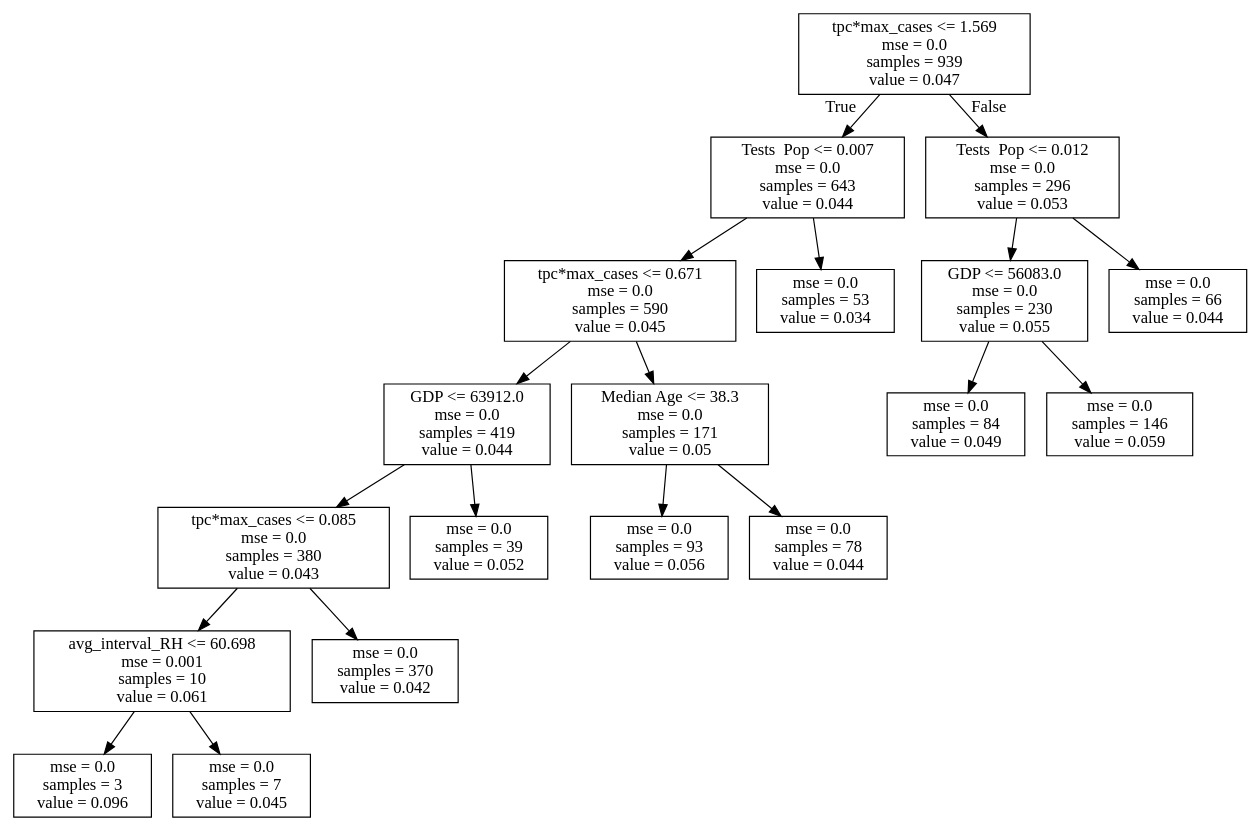
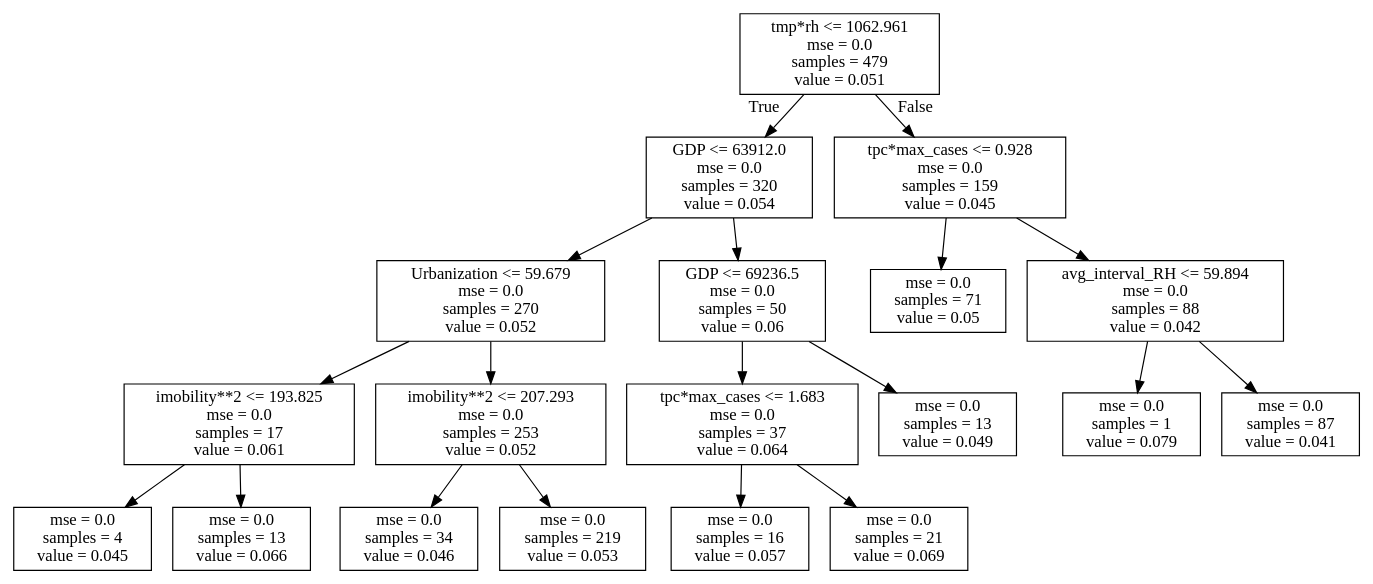
One commit to hopl1t/covid19 changed the diagram in products/decision_tree/decision_tree_GF_Q2_run0.dot. Above: the diagram before and after it, drawn with Graphviz. The commit also changed 42 other files, not shown here.

```diff
--- a/products/decision_tree/decision_tree_GF_Q2_run0.dot
+++ b/products/decision_tree/decision_tree_GF_Q2_run0.dot
@@ -1,40 +1,40 @@
 digraph Tree {
 node [shape=box] ;
-0 [label="tpc*max_cases <= 1.569\nmse = 0.0\nsamples = 939\nvalue = 0.047"] ;
-1 [label="Tests \ Pop <= 0.007\nmse = 0.0\nsamples = 643\nvalue = 0.044"] ;
+0 [label="tmp*rh <= 1062.961\nmse = 0.0\nsamples = 479\nvalue = 0.051"] ;
+1 [label="GDP <= 63912.0\nmse = 0.0\nsamples = 320\nvalue = 0.054"] ;
 0 -> 1 [labeldistance=2.5, labelangle=45, headlabel="True"] ;
-2 [label="tpc*max_cases <= 0.671\nmse = 0.0\nsamples = 590\nvalue = 0.045"] ;
+2 [label="Urbanization <= 59.679\nmse = 0.0\nsamples = 270\nvalue = 0.052"] ;
 1 -> 2 ;
-3 [label="GDP <= 63912.0\nmse = 0.0\nsamples = 419\nvalue = 0.044"] ;
+3 [label="imobility**2 <= 193.825\nmse = 0.0\nsamples = 17\nvalue = 0.061"] ;
 2 -> 3 ;
-4 [label="tpc*max_cases <= 0.085\nmse = 0.0\nsamples = 380\nvalue = 0.043"] ;
+4 [label="mse = 0.0\nsamples = 4\nvalue = 0.045"] ;
 3 -> 4 ;
-5 [label="avg_interval_RH <= 60.698\nmse = 0.001\nsamples = 10\nvalue = 0.061"] ;
-4 -> 5 ;
-6 [label="mse = 0.0\nsamples = 3\nvalue = 0.096"] ;
-5 -> 6 ;
-7 [label="mse = 0.0\nsamples = 7\nvalue = 0.045"] ;
-5 -> 7 ;
-8 [label="mse = 0.0\nsamples = 370\nvalue = 0.042"] ;
-4 -> 8 ;
-9 [label="mse = 0.0\nsamples = 39\nvalue = 0.052"] ;
-3 -> 9 ;
-10 [label="Median Age <= 38.3\nmse = 0.0\nsamples = 171\nvalue = 0.05"] ;
-2 -> 10 ;
-11 [label="mse = 0.0\nsamples = 93\nvalue = 0.056"] ;
+5 [label="mse = 0.0\nsamples = 13\nvalue = 0.066"] ;
+3 -> 5 ;
+6 [label="imobility**2 <= 207.293\nmse = 0.0\nsamples = 253\nvalue = 0.052"] ;
+2 -> 6 ;
+7 [label="mse = 0.0\nsamples = 34\nvalue = 0.046"] ;
+6 -> 7 ;
+8 [label="mse = 0.0\nsamples = 219\nvalue = 0.053"] ;
+6 -> 8 ;
+9 [label="GDP <= 69236.5\nmse = 0.0\nsamples = 50\nvalue = 0.06"] ;
+1 -> 9 ;
+10 [label="tpc*max_cases <= 1.683\nmse = 0.0\nsamples = 37\nvalue = 0.064"] ;
+9 -> 10 ;
+11 [label="mse = 0.0\nsamples = 16\nvalue = 0.057"] ;
 10 -> 11 ;
-12 [label="mse = 0.0\nsamples = 78\nvalue = 0.044"] ;
+12 [label="mse = 0.0\nsamples = 21\nvalue = 0.069"] ;
 10 -> 12 ;
-13 [label="mse = 0.0\nsamples = 53\nvalue = 0.034"] ;
-1 -> 13 ;
-14 [label="Tests \ Pop <= 0.012\nmse = 0.0\nsamples = 296\nvalue = 0.053"] ;
+13 [label="mse = 0.0\nsamples = 13\nvalue = 0.049"] ;
+9 -> 13 ;
+14 [label="tpc*max_cases <= 0.928\nmse = 0.0\nsamples = 159\nvalue = 0.045"] ;
 0 -> 14 [labeldistance=2.5, labelangle=-45, headlabel="False"] ;
-15 [label="GDP <= 56083.0\nmse = 0.0\nsamples = 230\nvalue = 0.055"] ;
+15 [label="mse = 0.0\nsamples = 71\nvalue = 0.05"] ;
 14 -> 15 ;
-16 [label="mse = 0.0\nsamples = 84\nvalue = 0.049"] ;
-15 -> 16 ;
-17 [label="mse = 0.0\nsamples = 146\nvalue = 0.059"] ;
-15 -> 17 ;
-18 [label="mse = 0.0\nsamples = 66\nvalue = 0.044"] ;
-14 -> 18 ;
+16 [label="avg_interval_RH <= 59.894\nmse = 0.0\nsamples = 88\nvalue = 0.042"] ;
+14 -> 16 ;
+17 [label="mse = 0.0\nsamples = 1\nvalue = 0.079"] ;
+16 -> 17 ;
+18 [label="mse = 0.0\nsamples = 87\nvalue = 0.041"] ;
+16 -> 18 ;
 }
```
